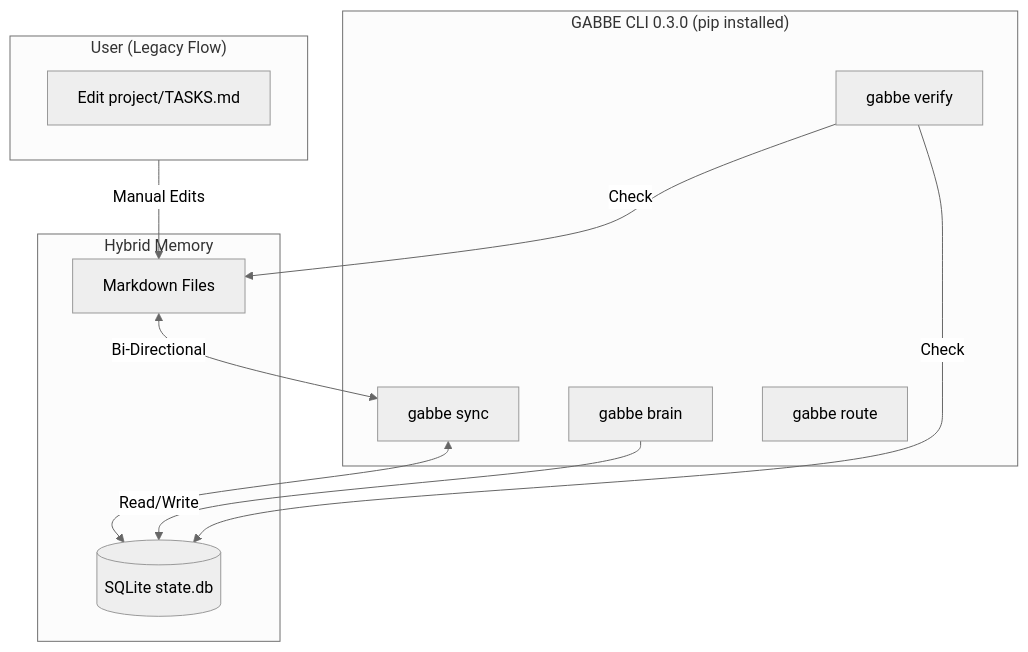
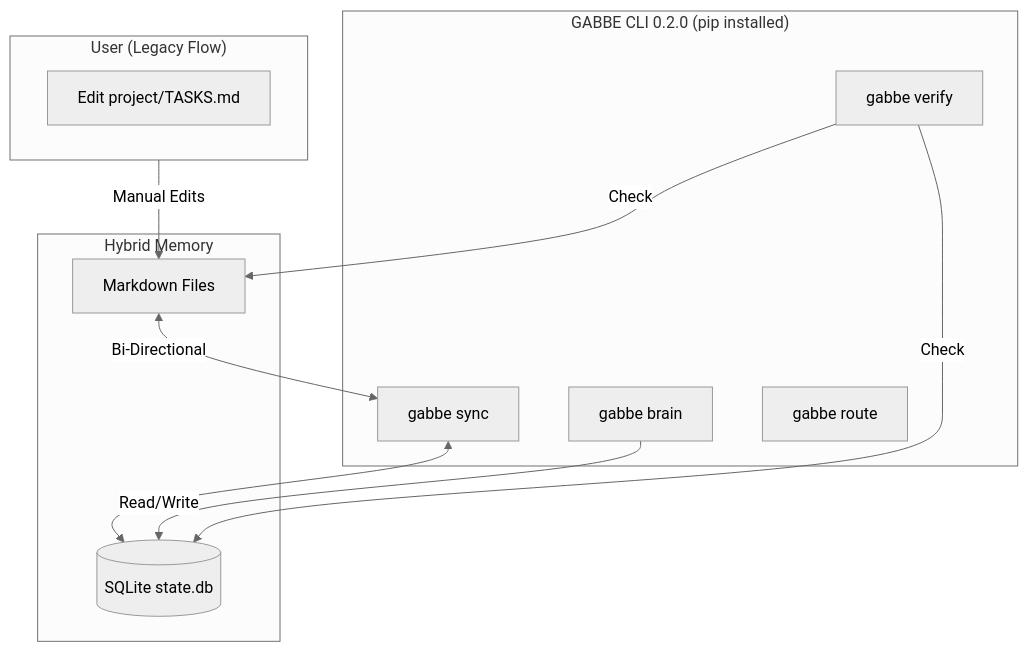
The diagram in docs/QUICK_GUIDE.md (andreibesleaga/GABBE), drawn with Mermaid (neutral theme) before and after one commit. The commit also changed other lines of this file and 45 other files, not shown here.

Commit message:
GABBE - change: cli version

````diff
--- a/docs/QUICK_GUIDE.md
+++ b/docs/QUICK_GUIDE.md
@@ -110,25 +111,25 @@
 ```mermaid
 graph TD
     subgraph User["User (Legacy Flow)"]
         Edit[Edit project/TASKS.md]
     end
 
-    subgraph CLI["GABBE CLI 0.3.0 (pip installed)"]
+    subgraph CLI["GABBE CLI 0.2.0 (pip installed)"]
         Sync[gabbe sync]
         Verify[gabbe verify]
         Brain[gabbe brain]
         Router[gabbe route]
     end
 
     subgraph Storage["Hybrid Memory"]
         MD[Markdown Files]
         DB[(SQLite state.db)]
     end
 
     User -->|Manual Edits| MD
     MD <-->|Bi-Directional| Sync
     Sync <--> DB
     Brain -->|Read/Write| DB
     Verify -->|Check| MD
     Verify -->|Check| DB
 ```
````
